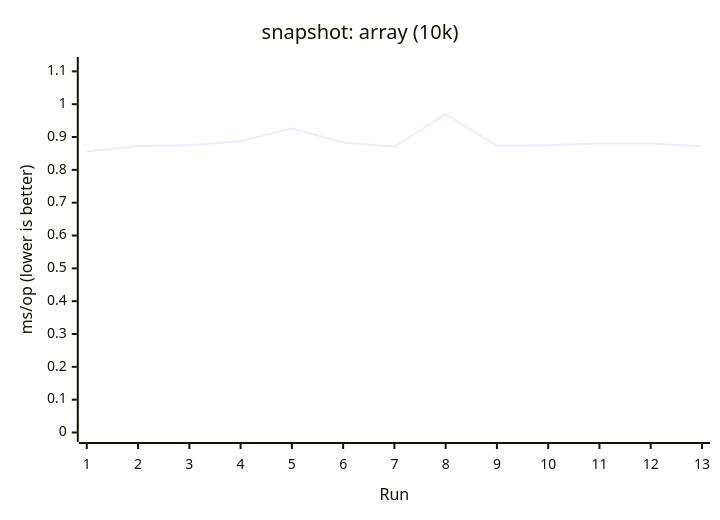
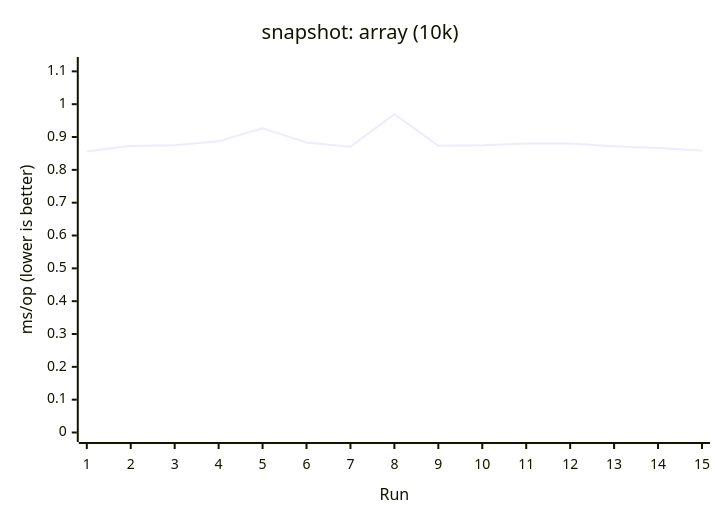
Diagram 16 of 17 in apps/docs/src/content/docs/en/guides/benchmark.mdx (AIluffy/io), drawn with Mermaid before and after one commit. The commit also changed other lines of this file and 7 other files, not shown here.

````diff
--- a/apps/docs/src/content/docs/en/guides/benchmark.mdx
+++ b/apps/docs/src/content/docs/en/guides/benchmark.mdx
@@ -387,7 +403,7 @@
 ```mermaid
 xychart-beta
   title "snapshot: array (10k)"
-  x-axis "Run" [1, 2, 3, 4, 5, 6, 7, 8, 9, 10, 11, 12, 13]
+  x-axis "Run" [1, 2, 3, 4, 5, 6, 7, 8, 9, 10, 11, 12, 13, 14, 15]
   y-axis "ms/op (lower is better)" 0 --> 1.1148
-  line [0.8558, 0.8727, 0.8746, 0.8872, 0.9264, 0.8833, 0.8703, 0.9694, 0.8734, 0.8747, 0.8803, 0.8805, 0.8721]
+  line [0.8558, 0.8727, 0.8746, 0.8872, 0.9264, 0.8833, 0.8703, 0.9694, 0.8734, 0.8747, 0.8803, 0.8805, 0.8721, 0.8662, 0.8586]
 ```
````
